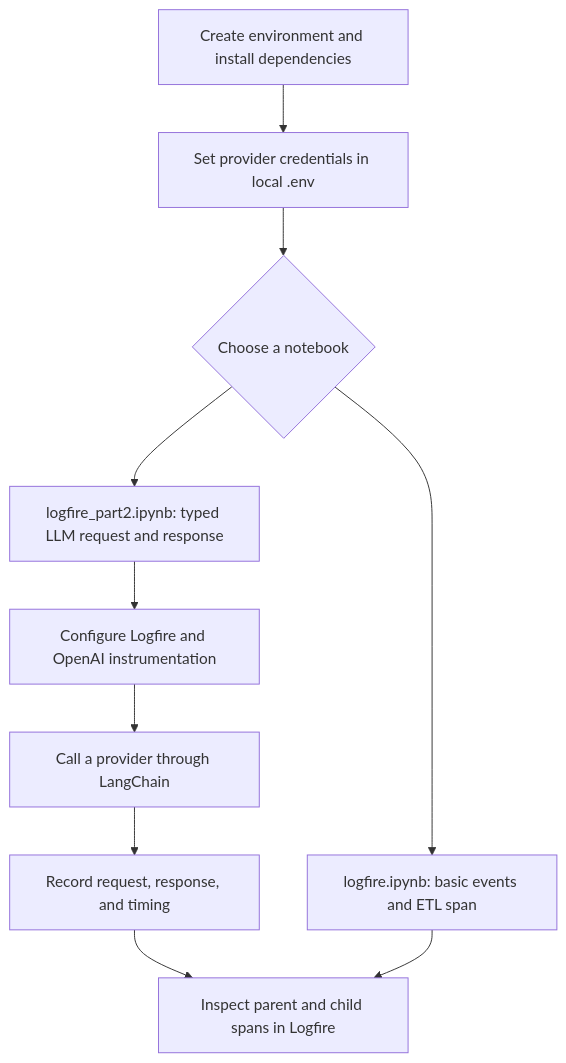
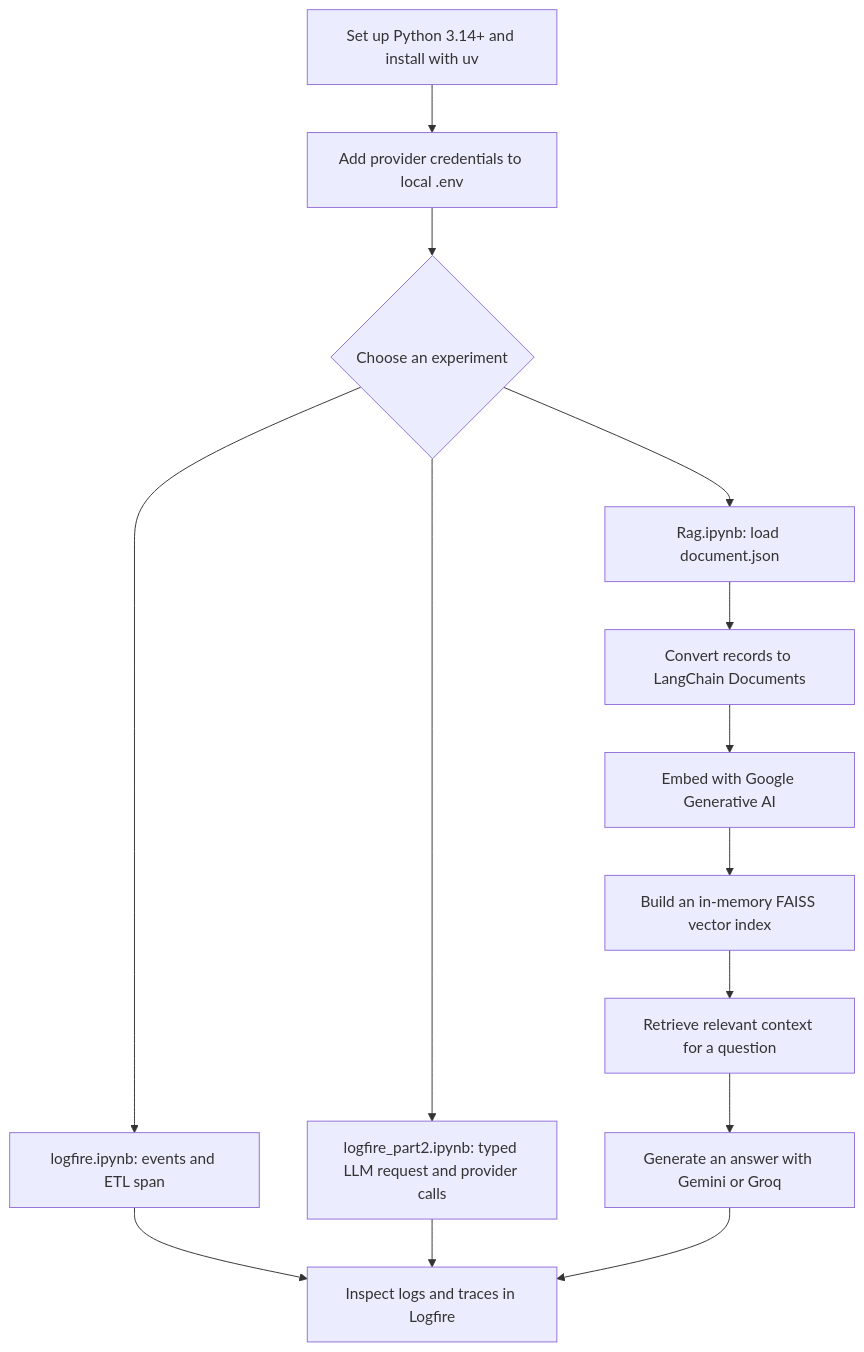
The diagram in README.md (syednoormujassum/pydantic_logfire), drawn with Mermaid before and after one commit. The commit also changed other lines of this file and 2 other files, not shown here.

````diff
--- a/README.md
+++ b/README.md
@@ -9,12 +7,16 @@
 ```mermaid
 flowchart TD
-    A[Create environment and install dependencies] --> B[Set provider credentials in local .env]
-    B --> C{Choose a notebook}
-    C --> D[logfire.ipynb: basic events and ETL span]
-    C --> E[logfire_part2.ipynb: typed LLM request and response]
-    E --> F[Configure Logfire and OpenAI instrumentation]
-    F --> G[Call a provider through LangChain]
-    G --> H[Record request, response, and timing]
-    H --> I[Inspect parent and child spans in Logfire]
-    D --> I
+   A[Set up Python 3.14+ and install with uv] --> B[Add provider credentials to local .env]
+   B --> C{Choose an experiment}
+   C --> D[logfire.ipynb: events and ETL span]
+   C --> E[logfire_part2.ipynb: typed LLM request and provider calls]
+   C --> F[Rag.ipynb: load document.json]
+   F --> G[Convert records to LangChain Documents]
+   G --> H[Embed with Google Generative AI]
+   H --> I[Build an in-memory FAISS vector index]
+   I --> J[Retrieve relevant context for a question]
+   J --> K[Generate an answer with Gemini or Groq]
+   D --> L[Inspect logs and traces in Logfire]
+   E --> L
+   K --> L
 ```
````
